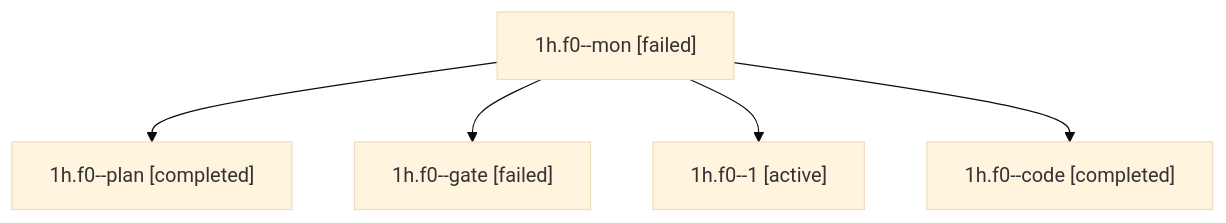
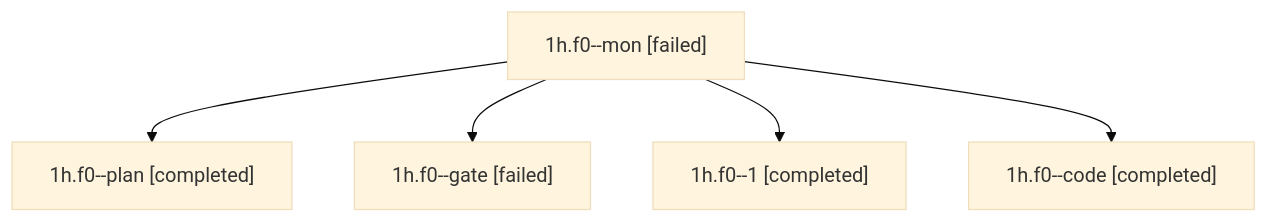
The diagram in families/bbugyi200.apollo.1h.f0.md (sase-org/sase--agents), drawn with Mermaid (base theme) before and after one commit. The commit also changed other lines of this file and 2443 other files, not shown here.

````diff
--- a/families/bbugyi200.apollo.1h.f0.md
+++ b/families/bbugyi200.apollo.1h.f0.md
@@ -9,12 +9,12 @@
 ```mermaid
 flowchart TD
   n0["1h.f0--mon [failed]"]
   n1["1h.f0--plan [completed]"]
   n0 --> n1
   n2["1h.f0--gate [failed]"]
   n0 --> n2
-  n3["1h.f0--1 [active]"]
+  n3["1h.f0--1 [completed]"]
   n0 --> n3
   n4["1h.f0--code [completed]"]
   n0 --> n4
 ```
````
